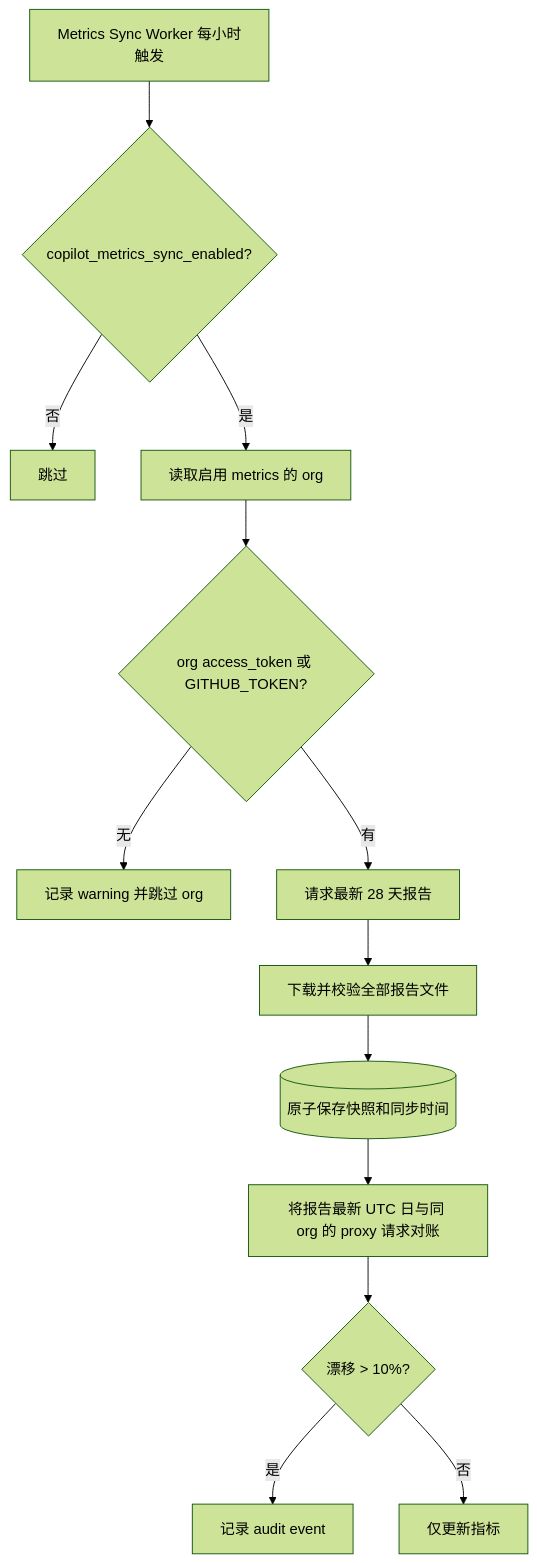
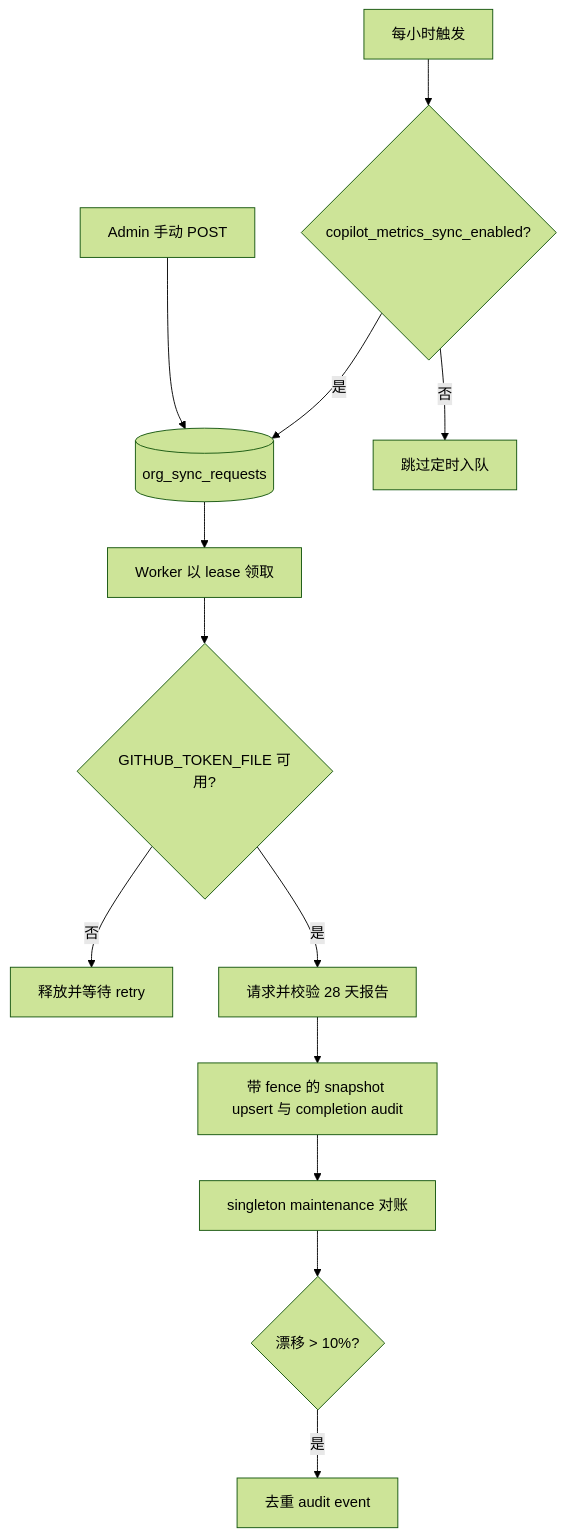
The ninth of 10 diagrams in docs/operations.zh.md (pczhao1210/ghcp-pool-proxy), drawn with Mermaid (forest theme) before and after one commit. The commit also changed other lines of this file and 74 other files, not shown here.

````diff
--- a/docs/operations.zh.md
+++ b/docs/operations.zh.md
@@ -542,15 +617,15 @@
 ```mermaid
 flowchart TD
-  A["Metrics Sync Worker 每小时触发"] --> B{"copilot_metrics_sync_enabled?"}
-  B -->|"否"| C["跳过"]
-  B -->|"是"| D["读取启用 metrics 的 org"]
-  D --> E{"org access_token 或 GITHUB_TOKEN?"}
-  E -->|"无"| F["记录 warning 并跳过 org"]
-  E -->|"有"| G["请求最新 28 天报告"]
-  G --> H["下载并校验全部报告文件"]
-  H --> I[(原子保存快照和同步时间)]
-  I --> J["将报告最新 UTC 日与同 org 的 proxy 请求对账"]
+  A["每小时触发"] --> B{"copilot_metrics_sync_enabled?"}
+  B -->|"是"| Q[(org_sync_requests)]
+  B -->|"否"| C["跳过定时入队"]
+  D["Admin 手动 POST"] --> Q
+  Q --> E["Worker 以 lease 领取"]
+  E --> F{"GITHUB_TOKEN_FILE 可用?"}
+  F -->|"否"| G["释放并等待 retry"]
+  F -->|"是"| H["请求并校验 28 天报告"]
+  H --> I["带 fence 的 snapshot upsert 与 completion audit"]
+  I --> J["singleton maintenance 对账"]
   J --> K{"漂移 > 10%?"}
-  K -->|"是"| L["记录 audit event"]
-  K -->|"否"| M["仅更新指标"]
+  K -->|"是"| L["去重 audit event"]
 ```
````
